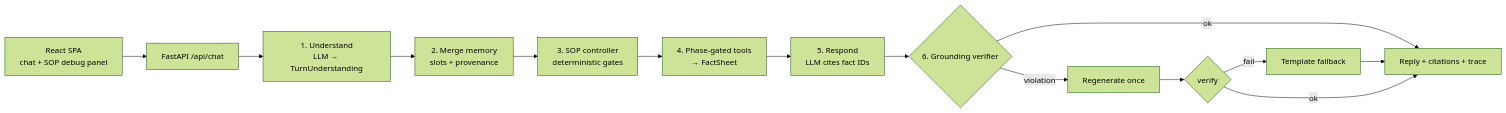
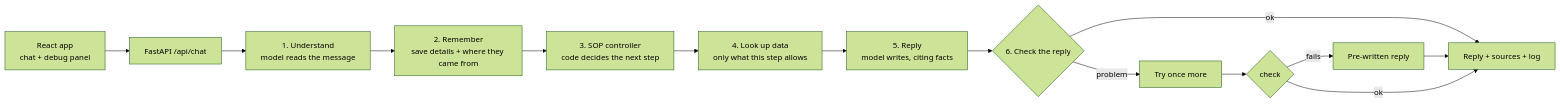
One commit to AdityaMogare/Avery changed the first of 2 diagrams in README.md. Above: the diagram before and after it, drawn with Mermaid (forest theme). The commit also changed other lines of this file, not shown here.

````diff
--- a/README.md
+++ b/README.md
@@ -195,13 +222,13 @@
 ```mermaid
 flowchart LR
-    UI["React SPA<br/>chat + SOP debug panel"] --> API["FastAPI /api/chat"]
-    API --> U["1. Understand<br/>LLM → TurnUnderstanding"]
-    U --> M["2. Merge memory<br/>slots + provenance"]
-    M --> C["3. SOP controller<br/>deterministic gates"]
-    C --> T["4. Phase-gated tools<br/>→ FactSheet"]
-    T --> R["5. Respond<br/>LLM cites fact IDs"]
-    R --> V{"6. Grounding verifier"}
-    V -->|ok| Out[Reply + citations + trace]
-    V -->|violation| R2[Regenerate once] --> V2{verify} -->|fail| TPL[Template fallback] --> Out
+    UI["React app<br/>chat + debug panel"] --> API["FastAPI /api/chat"]
+    API --> U["1. Understand<br/>model reads the message"]
+    U --> M["2. Remember<br/>save details + where they came from"]
+    M --> C["3. SOP controller<br/>code decides the next step"]
+    C --> T["4. Look up data<br/>only what this step allows"]
+    T --> R["5. Reply<br/>model writes, citing facts"]
+    R --> V{"6. Check the reply"}
+    V -->|ok| Out[Reply + sources + log]
+    V -->|problem| R2[Try once more] --> V2{check} -->|fails| TPL[Pre-written reply] --> Out
     V2 -->|ok| Out
 ```
````
